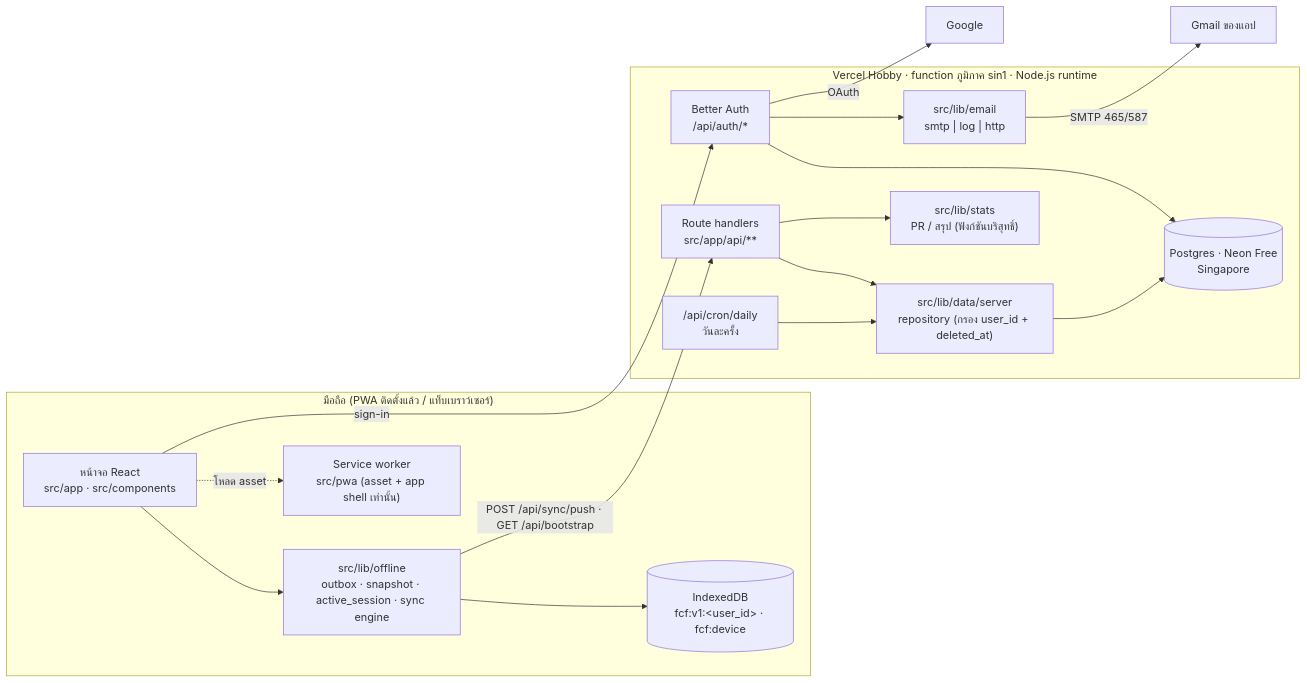
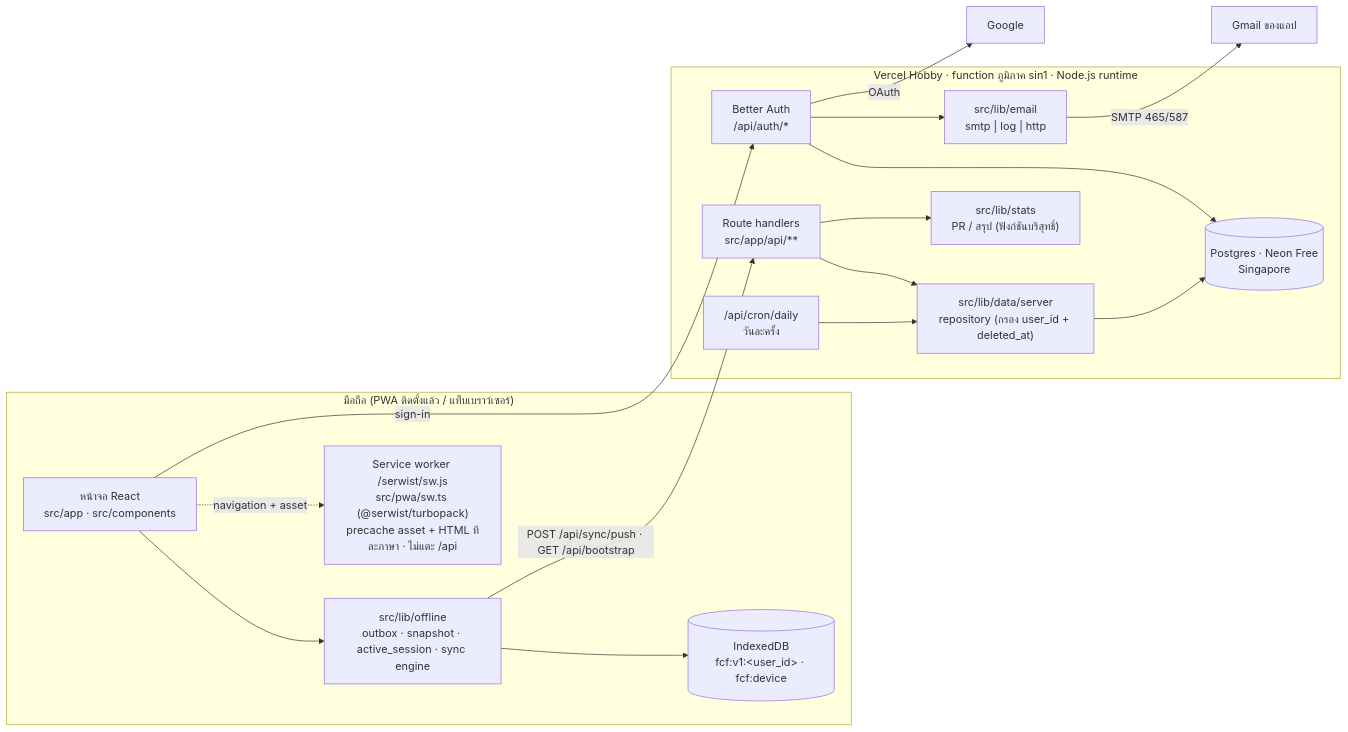
The diagram in docs/design/ARCHITECTURE.md (ieatbaozi-stack/fatcatfit), drawn with Mermaid before and after one commit. The commit also changed other lines of this file and 5 other files, not shown here.

Commit message:
docs(adr): ADR 0005 service worker tool, amend ADR 0001-0004 after R0 spikes

````diff
--- a/docs/design/ARCHITECTURE.md
+++ b/docs/design/ARCHITECTURE.md
@@ -9,29 +9,29 @@
 ```mermaid
 flowchart LR
   subgraph Phone["มือถือ (PWA ติดตั้งแล้ว / แท็บเบราว์เซอร์)"]
     UI["หน้าจอ React<br/>src/app · src/components"]
     OFF["src/lib/offline<br/>outbox · snapshot · active_session · sync engine"]
     IDB[("IndexedDB<br/>fcf:v1:&lt;user_id&gt; · fcf:device")]
-    SW["Service worker<br/>src/pwa (asset + app shell เท่านั้น)"]
+    SW["Service worker /serwist/sw.js<br/>src/pwa/sw.ts (@serwist/turbopack)<br/>precache asset + HTML ทีละภาษา · ไม่แตะ /api"]
     UI --> OFF --> IDB
-    UI -. โหลด asset .-> SW
+    UI -. "navigation + asset" .-> SW
   end
   subgraph Vercel["Vercel Hobby · function ภูมิภาค sin1 · Node.js runtime"]
     API["Route handlers<br/>src/app/api/**"]
     AUTH["Better Auth<br/>/api/auth/*"]
     DATA["src/lib/data/server<br/>repository (กรอง user_id + deleted_at)"]
     STATS["src/lib/stats<br/>PR / สรุป (ฟังก์ชันบริสุทธิ์)"]
     MAIL["src/lib/email<br/>smtp | log | http"]
     CRON["/api/cron/daily<br/>วันละครั้ง"]
     API --> DATA --> DB
     API --> STATS
     AUTH --> DB
     AUTH --> MAIL
     CRON --> DATA
   end
   DB[("Postgres · Neon Free<br/>Singapore")]
   OFF -- "POST /api/sync/push · GET /api/bootstrap" --> API
   UI -- "sign-in" --> AUTH
   AUTH -- OAuth --> G["Google"]
   MAIL -- "SMTP 465/587" --> GM["Gmail ของแอป"]
 ```
````
